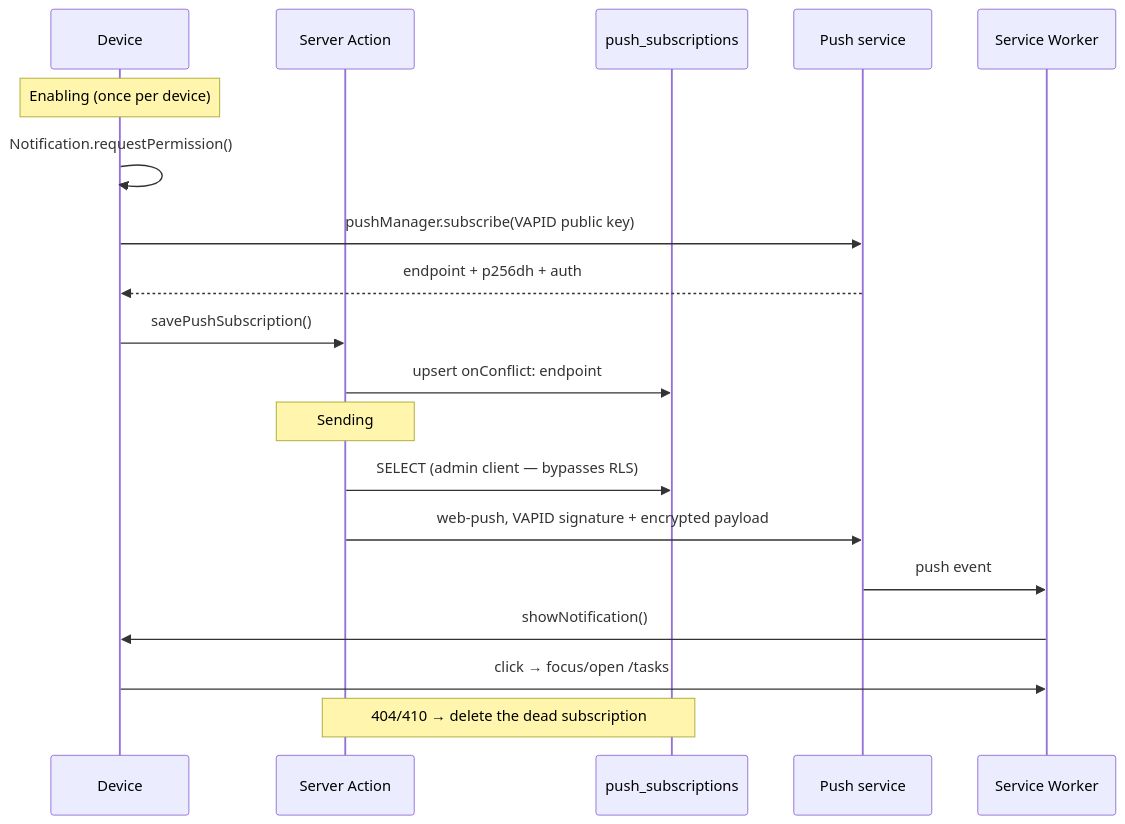
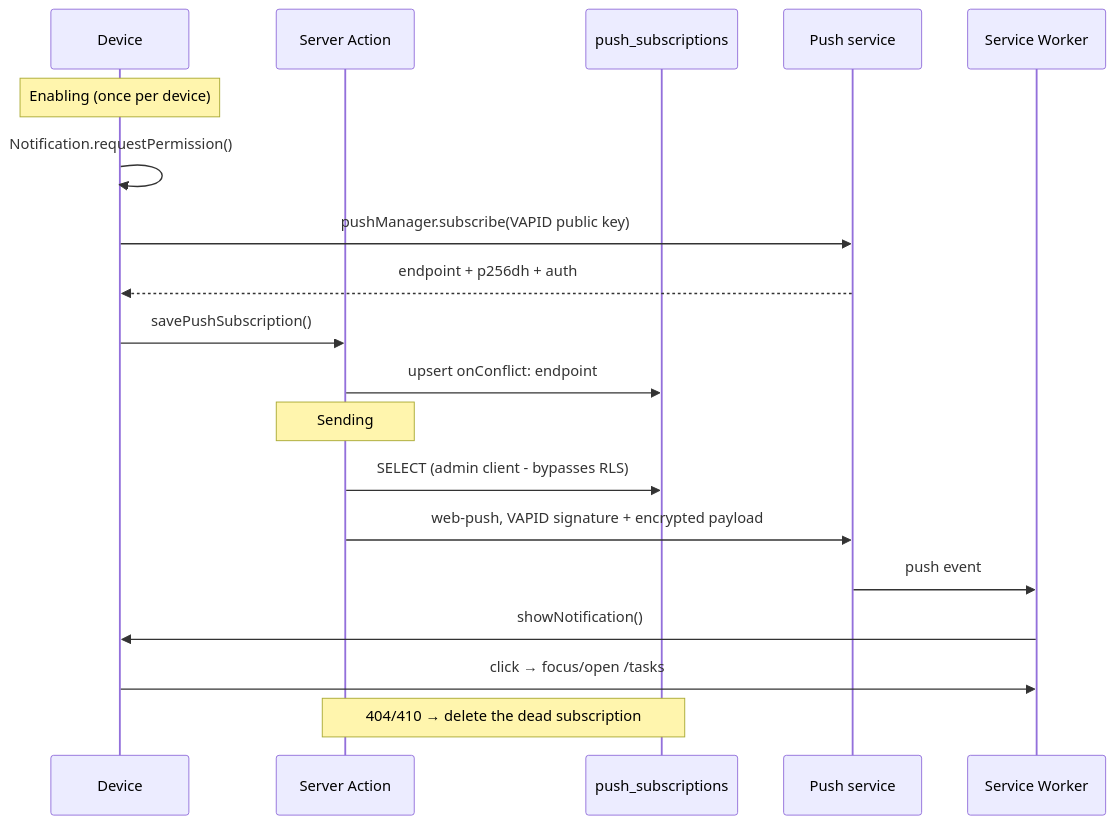
Before and after one commit to lucicmato/family-app: the third of 3 diagrams in README.md, drawn with Mermaid. The commit also changed other lines of this file, not shown here.

````diff
--- a/README.md
+++ b/README.md
@@ -255,23 +258,23 @@
 ```mermaid
 sequenceDiagram
     participant D as Device
     participant SA as Server Action
     participant DB as push_subscriptions
     participant PS as Push service
     participant SW as Service Worker
 
     Note over D: Enabling (once per device)
     D->>D: Notification.requestPermission()
     D->>PS: pushManager.subscribe(VAPID public key)
     PS-->>D: endpoint + p256dh + auth
     D->>SA: savePushSubscription()
     SA->>DB: upsert onConflict: endpoint
 
     Note over SA: Sending
-    SA->>DB: SELECT (admin client — bypasses RLS)
+    SA->>DB: SELECT (admin client - bypasses RLS)
     SA->>PS: web-push, VAPID signature + encrypted payload
     PS->>SW: push event
     SW->>D: showNotification()
     D->>SW: click → focus/open /tasks
     Note over SA,DB: 404/410 → delete the dead subscription
 ```
````
